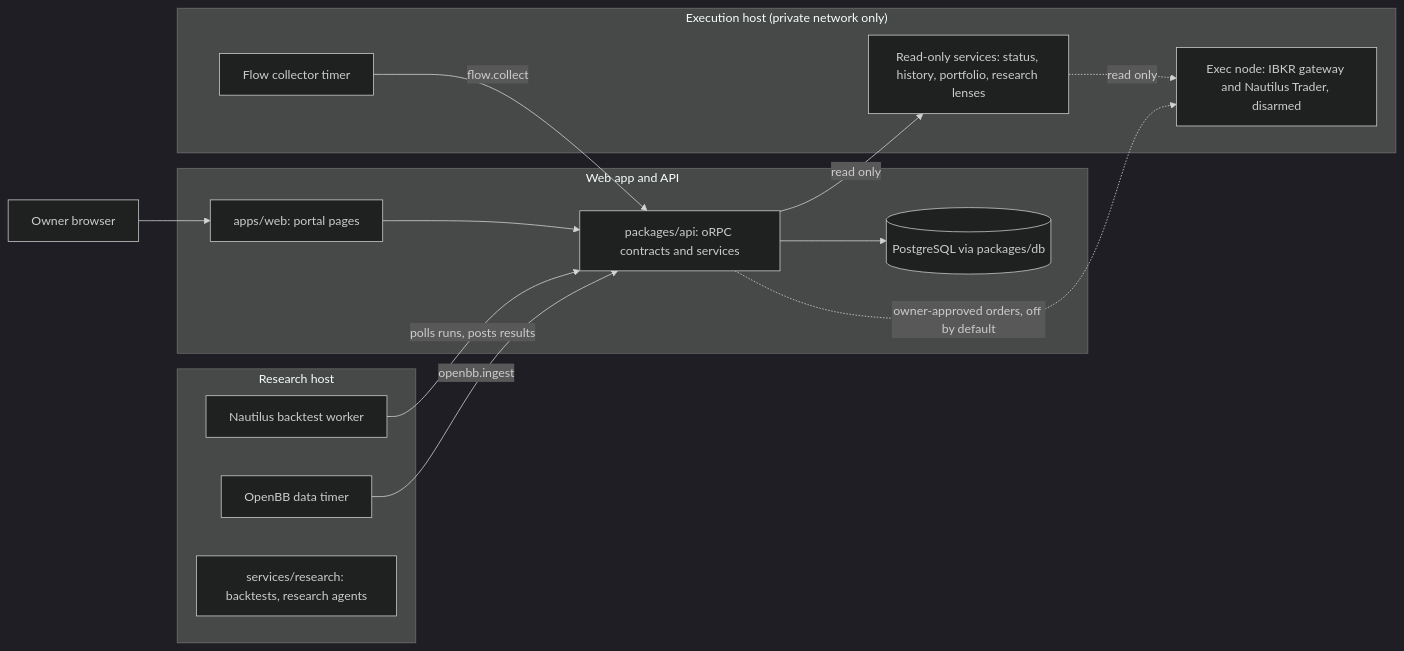
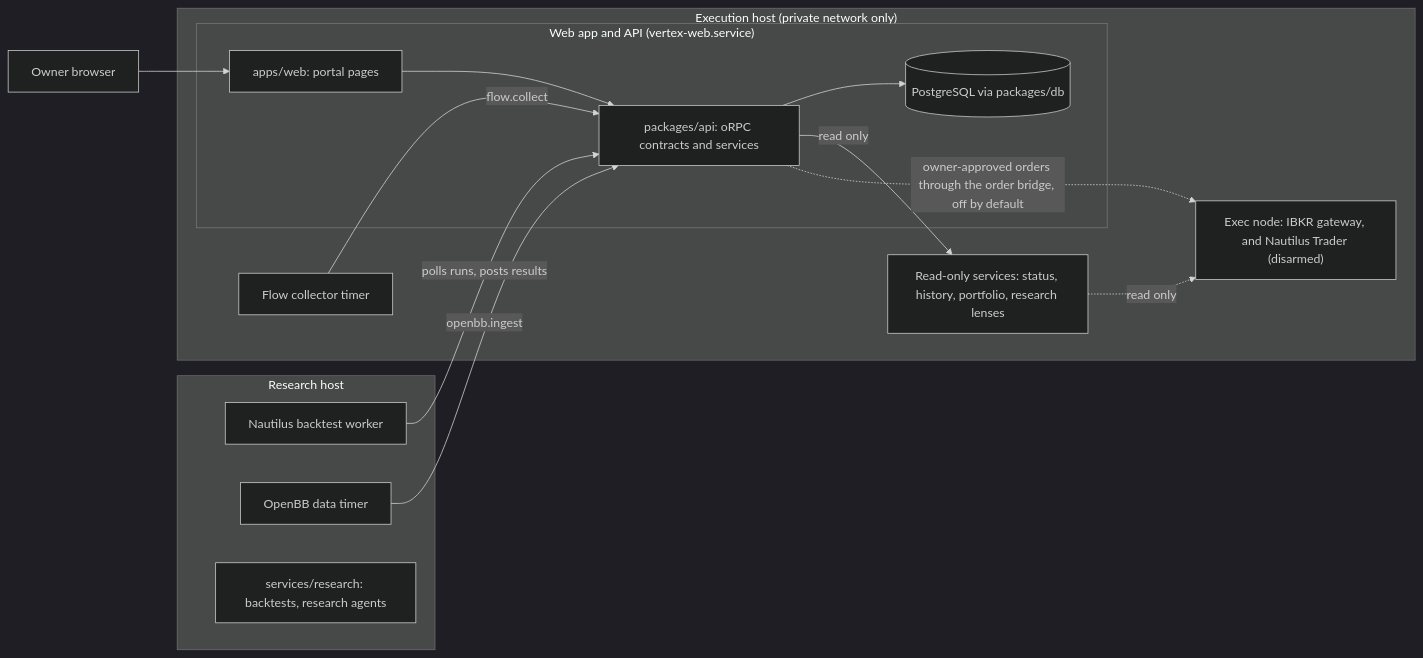
One commit to jeffscottward/vertex-research-public changed the diagram in README.md. Above: the diagram before and after it, drawn with Mermaid (dark theme). The commit also changed other lines of this file and 5 other files, not shown here.

````diff
--- a/README.md
+++ b/README.md
@@ -9,26 +9,26 @@
 ```mermaid
 flowchart LR
   owner["Owner browser"]
-  subgraph app["Web app and API"]
-    web["apps/web: portal pages"]
-    api["packages/api: oRPC contracts and services"]
-    db[("PostgreSQL via packages/db")]
-  end
   subgraph rig["Research host"]
     worker["Nautilus backtest worker"]
     openbb["OpenBB data timer"]
     research["services/research: backtests, research agents"]
   end
   subgraph vps["Execution host (private network only)"]
+    subgraph app["Web app and API (vertex-web.service)"]
+      web["apps/web: portal pages"]
+      api["packages/api: oRPC contracts and services"]
+      db[("PostgreSQL via packages/db")]
+    end
     ro["Read-only services: status, history, portfolio, research lenses"]
     flow["Flow collector timer"]
-    exec["Exec node: IBKR gateway and Nautilus Trader, disarmed"]
+    exec["Exec node: IBKR gateway, and Nautilus Trader (disarmed)"]
   end
   owner --> web --> api --> db
   worker -->|polls runs, posts results| api
   openbb -->|openbb.ingest| api
   flow -->|flow.collect| api
   api -->|read only| ro
   ro -.->|read only| exec
-  api -.->|owner-approved orders, off by default| exec
+  api -.->|owner-approved orders through the order bridge, off by default| exec
 ```
````
